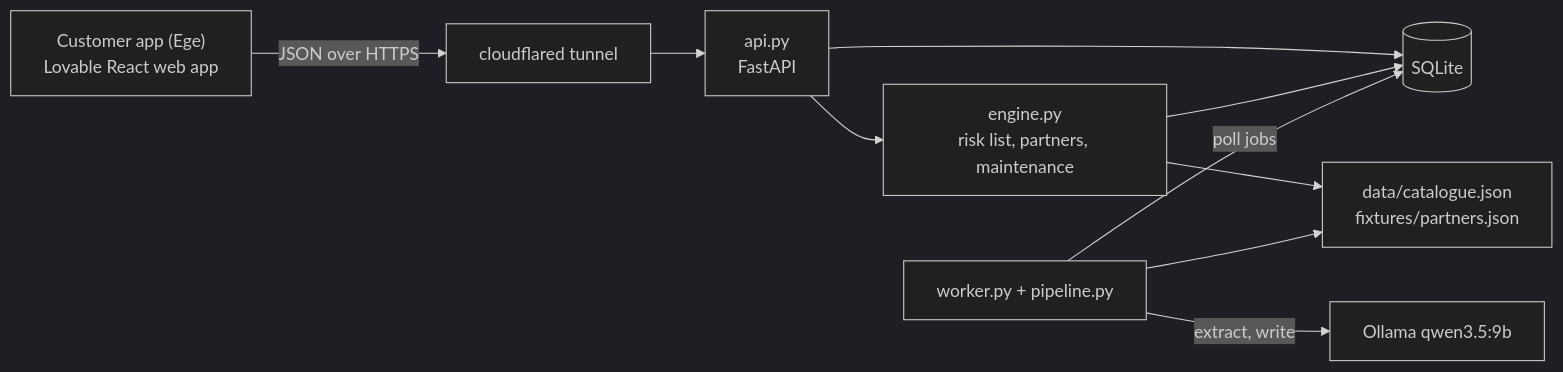
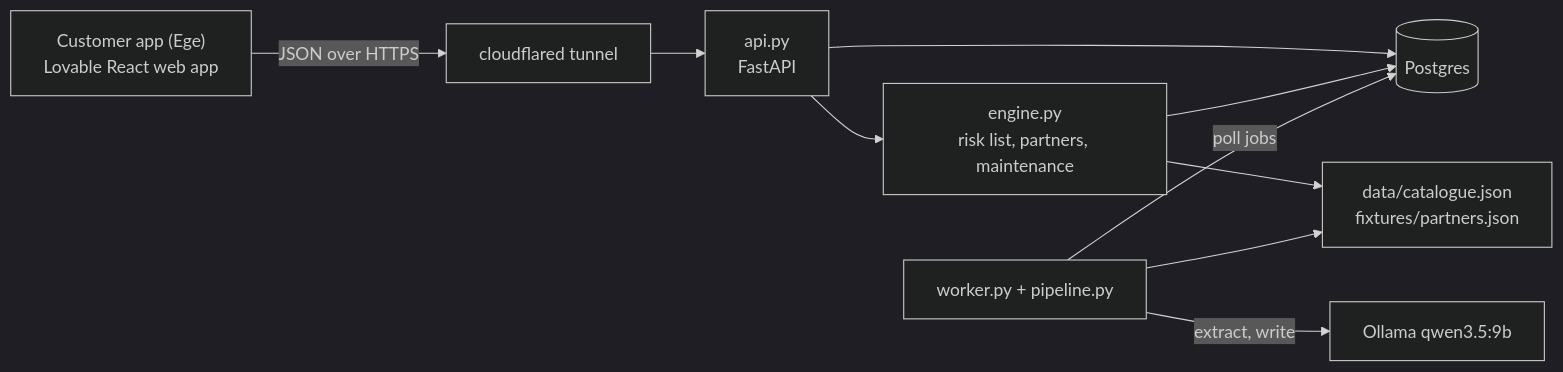
One commit to carbler1/IF-Ensurance changed the diagram in docs/systemdesign/DESIGN.md. Above: the diagram before and after it, drawn with Mermaid (dark theme). The commit also changed other lines of this file and 53 other files, not shown here.

````diff
--- a/docs/systemdesign/DESIGN.md
+++ b/docs/systemdesign/DESIGN.md
@@ -31,12 +31,12 @@
 ```mermaid
 flowchart LR
     app["Customer app (Ege)<br/>Lovable React web app"] -->|JSON over HTTPS| tunnel["cloudflared tunnel"]
     tunnel --> api["api.py<br/>FastAPI"]
-    api --> db[("SQLite")]
+    api --> db[("Postgres")]
     api --> engine["engine.py<br/>risk list, partners, maintenance"]
     engine --> db
     engine --> data["data/catalogue.json<br/>fixtures/partners.json"]
     worker["worker.py + pipeline.py"] -->|poll jobs| db
     worker -->|extract, write| ollama["Ollama qwen3.5:9b"]
     worker --> data
 ```
````
